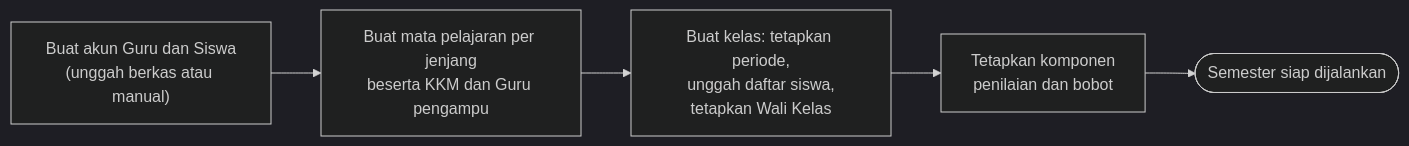
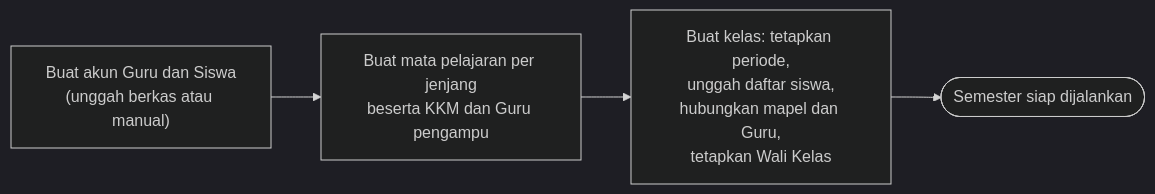
Before and after one commit to Korean-Asean-Digital-Academy-Batch-4/Docs: the first of 5 diagrams in PRD.md, drawn with Mermaid (dark theme). The commit also changed other lines of this file and 3 other files, not shown here.

````diff
--- a/PRD.md
+++ b/PRD.md
@@ -170,9 +169,8 @@
 ```mermaid
 flowchart LR
     A["Buat akun Guru dan Siswa<br/>(unggah berkas atau manual)"]
     B["Buat mata pelajaran per jenjang<br/>beserta KKM dan Guru pengampu"]
-    C["Buat kelas: tetapkan periode,<br/>unggah daftar siswa,<br/>tetapkan Wali Kelas"]
-    D["Tetapkan komponen<br/>penilaian dan bobot"]
-    E(["Semester siap dijalankan"])
-    A --> B --> C --> D --> E
+    C["Buat kelas: tetapkan periode,<br/>unggah daftar siswa,<br/>hubungkan mapel dan Guru,<br/>tetapkan Wali Kelas"]
+    D(["Semester siap dijalankan"])
+    A --> B --> C --> D
 ```
````
